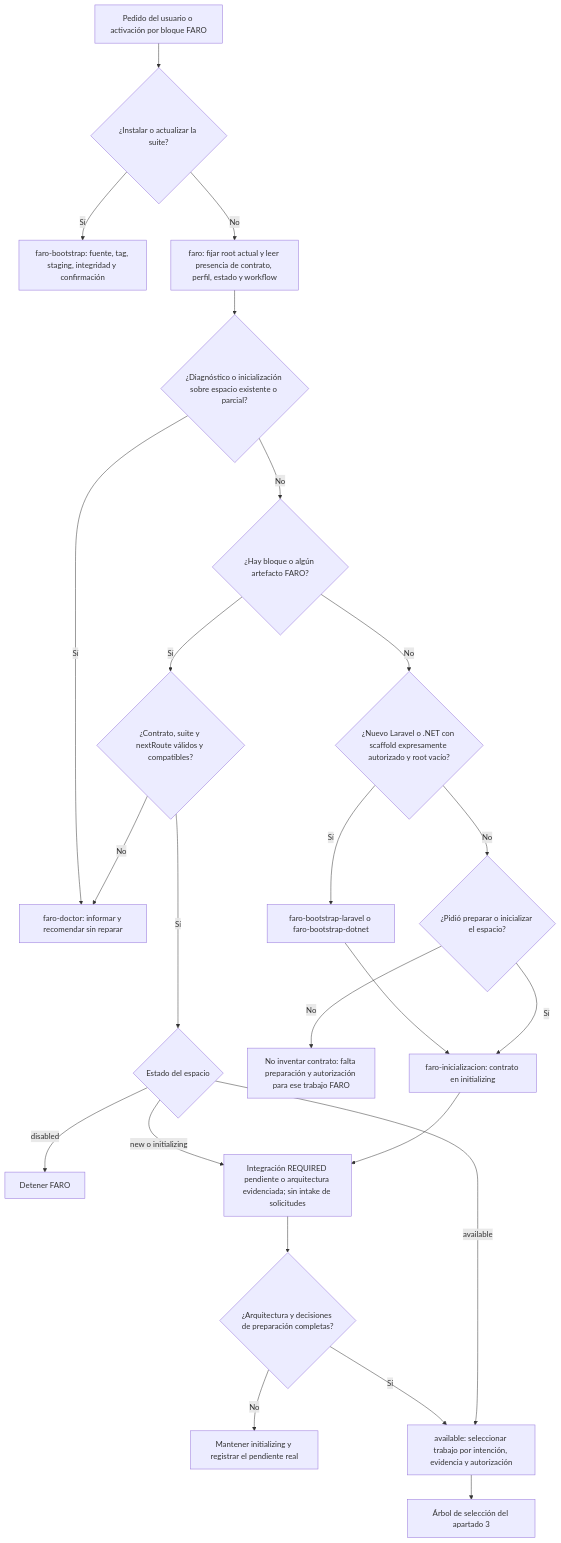
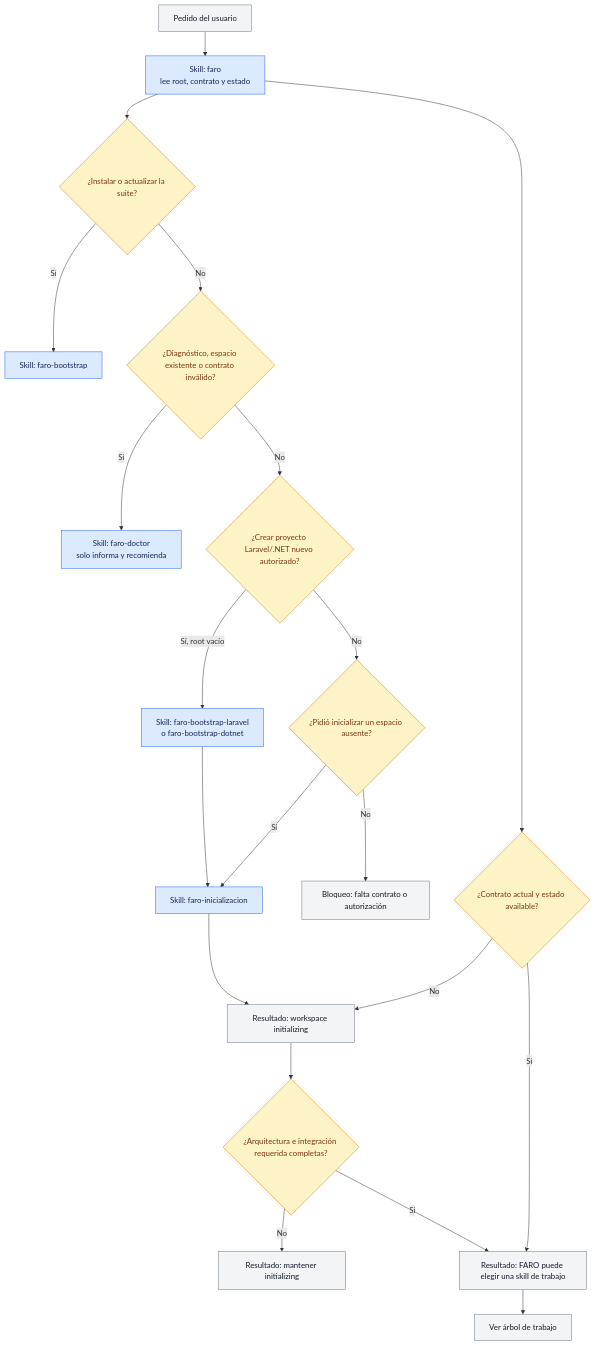
Before and after one commit to matgro/faro-suite-skills: the first of 3 diagrams in docs/flujo-faro/README.md, drawn with Mermaid. The commit also changed other lines of this file and 73 other files, not shown here.

````diff
--- a/docs/flujo-faro/README.md
+++ b/docs/flujo-faro/README.md
@@ -35,26 +55,28 @@
 ```mermaid
 flowchart TD
-    request["Pedido del usuario o activación por bloque FARO"] --> intent{"¿Instalar o actualizar la suite?"}
-    intent -->|"Sí"| install["faro-bootstrap: fuente, tag, staging, integridad y confirmación"]
-    intent -->|"No"| inspect["faro: fijar root actual y leer presencia de contrato, perfil, estado y workflow"]
-    inspect --> health{"¿Diagnóstico o inicialización sobre espacio existente o parcial?"}
-    health -->|"Sí"| doctor["faro-doctor: informar y recomendar sin reparar"]
-    health -->|"No"| exists{"¿Hay bloque o algún artefacto FARO?"}
-    exists -->|"No"| new{"¿Nuevo Laravel o .NET con scaffold expresamente autorizado y root vacío?"}
-    new -->|"Sí"| scaffold["faro-bootstrap-laravel o faro-bootstrap-dotnet"]
-    scaffold --> initialize["faro-inicializacion: contrato en initializing"]
-    new -->|"No"| initask{"¿Pidió preparar o inicializar el espacio?"}
-    initask -->|"Sí"| initialize
-    initask -->|"No"| missing["No inventar contrato: falta preparación y autorización para ese trabajo FARO"]
-    exists -->|"Sí"| coherent{"¿Contrato, suite y nextRoute válidos y compatibles?"}
-    coherent -->|"No"| doctor
-    coherent -->|"Sí"| state{"Estado del espacio"}
-    state -->|"disabled"| stop["Detener FARO"]
-    state -->|"new o initializing"| setup["Integración REQUIRED pendiente o arquitectura evidenciada; sin intake de solicitudes"]
-    initialize --> setup
-    setup --> ready{"¿Arquitectura y decisiones de preparación completas?"}
-    ready -->|"No"| blocked["Mantener initializing y registrar el pendiente real"]
-    ready -->|"Sí"| available["available: seleccionar trabajo por intención, evidencia y autorización"]
-    state -->|"available"| available
-    available --> selector["Árbol de selección del apartado 3"]
+    request["Pedido del usuario"] --> router["Skill: faro\nlee root, contrato y estado"]
+    router --> install_q{"¿Instalar o actualizar la suite?"}
+    install_q -->|"Sí"| install["Skill: faro-bootstrap"]
+    install_q -->|"No"| health_q{"¿Diagnóstico, espacio existente o contrato inválido?"}
+    health_q -->|"Sí"| doctor["Skill: faro-doctor\nsolo informa y recomienda"]
+    health_q -->|"No"| new_q{"¿Crear proyecto Laravel/.NET nuevo autorizado?"}
+    new_q -->|"Sí, root vacío"| scaffold["Skill: faro-bootstrap-laravel\no faro-bootstrap-dotnet"]
+    scaffold --> initialize["Skill: faro-inicializacion"]
+    new_q -->|"No"| init_q{"¿Pidió inicializar un espacio ausente?"}
+    init_q -->|"Sí"| initialize
+    init_q -->|"No"| no_contract["Bloqueo: falta contrato o autorización"]
+    initialize --> prep["Resultado: workspace initializing"]
+    router --> state_q{"¿Contrato actual y estado available?"}
+    state_q -->|"No"| prep
+    state_q -->|"Sí"| available["Resultado: FARO puede elegir una skill de trabajo"]
+    prep --> ready_q{"¿Arquitectura e integración requerida completas?"}
+    ready_q -->|"No"| wait["Resultado: mantener initializing"]
+    ready_q -->|"Sí"| available
+    available --> selector["Ver árbol de trabajo"]
+    classDef skill fill:#dbeafe,stroke:#2563eb,color:#172554
+    classDef decision fill:#fef3c7,stroke:#d97706,color:#78350f
+    classDef result fill:#f3f4f6,stroke:#6b7280,color:#111827
+    class router,install,doctor,scaffold,initialize skill
+    class install_q,health_q,new_q,init_q,state_q,ready_q decision
+    class request,prep,no_contract,wait,available,selector result
 ```
````
